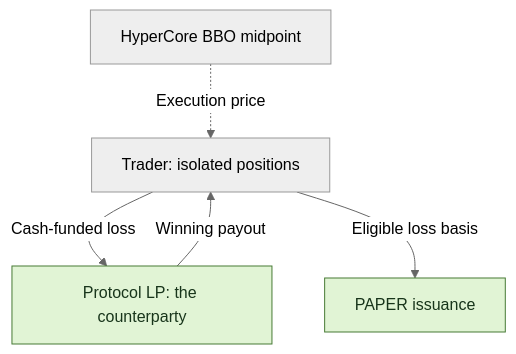
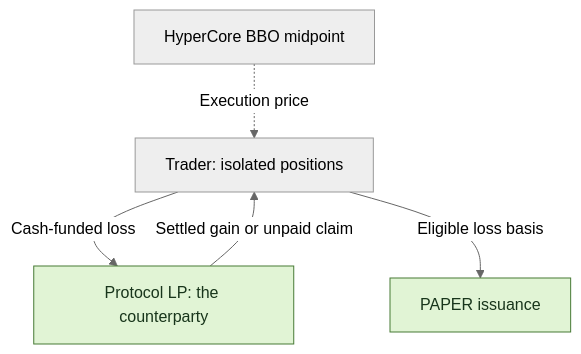
Before and after one commit to KoNit-K/papertrade-lab: the first of 2 diagrams in README.md, drawn with Mermaid (neutral theme). The commit also changed other lines of this file and 2 other files, not shown here.

````diff
--- a/README.md
+++ b/README.md
@@ -84,9 +82,9 @@
 ```mermaid
 flowchart TB
     Price[HyperCore BBO midpoint] -.->|Execution price| Trader[Trader: isolated positions]
     Trader -->|Cash-funded loss| Pool[Protocol LP: the counterparty]
-    Pool -->|Winning payout| Trader
+    Pool -->|Settled gain or unpaid claim| Trader
     Trader -->|Eligible loss basis| PAPER[PAPER issuance]
     classDef accent fill:#e1f4d5,stroke:#477a35,color:#18351b
     class Pool,PAPER accent
 ```
````
